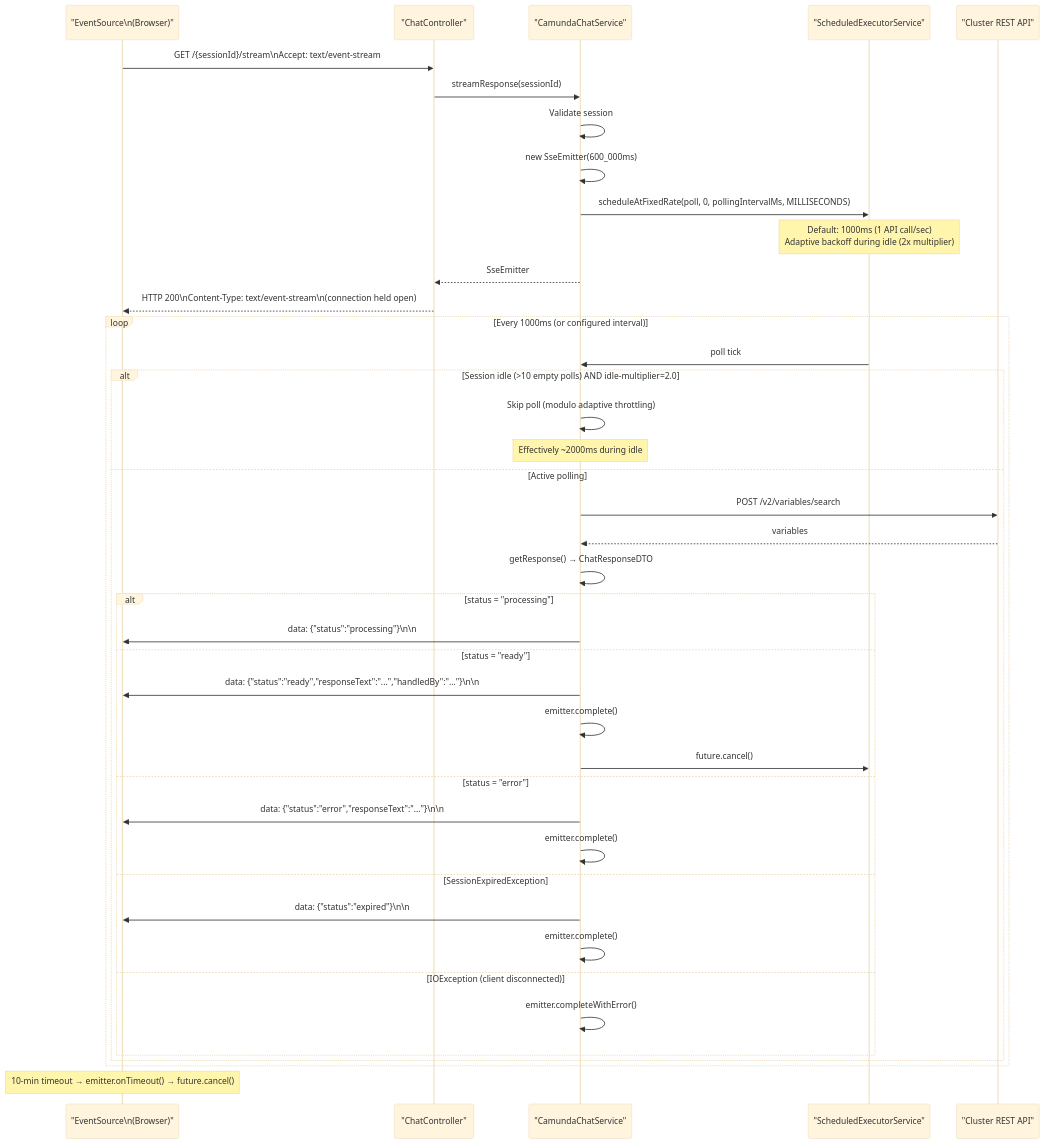
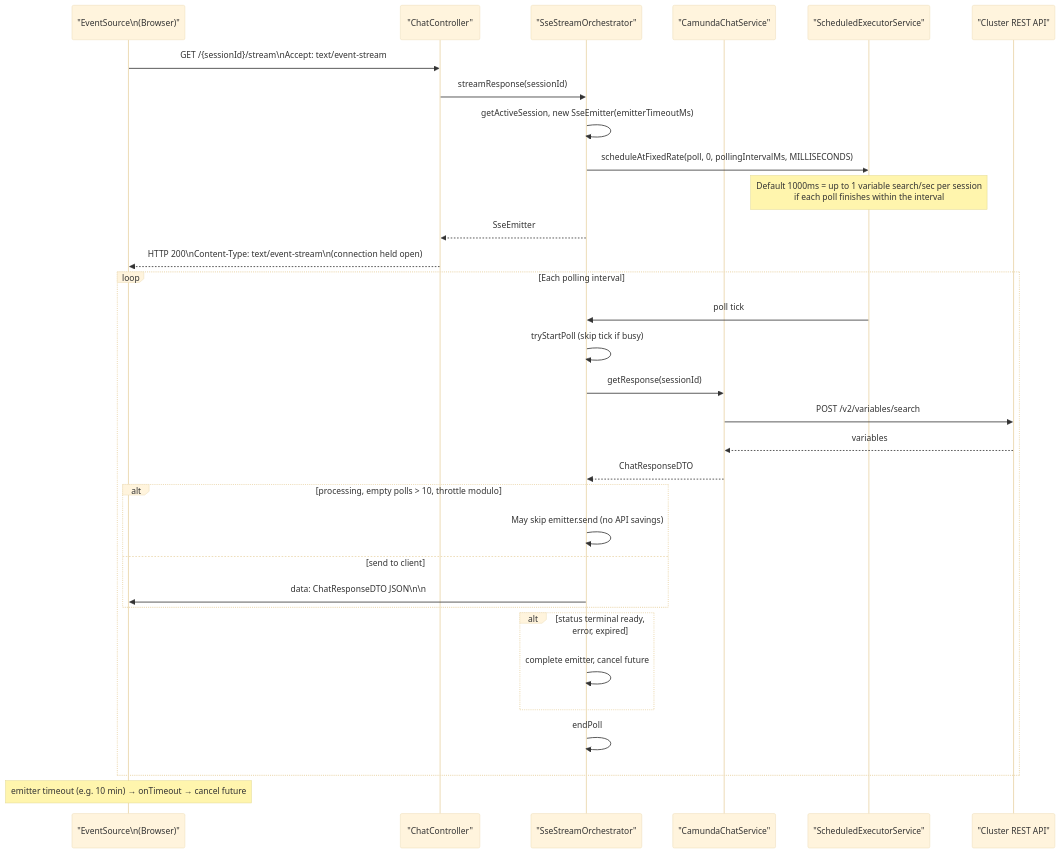
One commit to Mostafa-Mahmoud818/AI-Agent-Chat-With-Tools changed the fifth of 11 diagrams in DOCUMENTATION.md. Above: the diagram before and after it, drawn with Mermaid (base theme). The commit also changed other lines of this file and 21 other files, not shown here.

First line of the commit message:
docs: update documentation for Modulith Service architecture

````diff
--- a/DOCUMENTATION.md
+++ b/DOCUMENTATION.md
@@ -630,48 +660,37 @@
 ```mermaid
 sequenceDiagram
     participant FE as "EventSource\n(Browser)"
     participant CTRL as "ChatController"
+    participant ORCH as "SseStreamOrchestrator"
     participant SVC as "CamundaChatService"
     participant SCHED as "ScheduledExecutorService"
     participant CA as "Cluster REST API"
 
     FE->>CTRL: GET /{sessionId}/stream\nAccept: text/event-stream
-    CTRL->>SVC: streamResponse(sessionId)
-    SVC->>SVC: Validate session
-    SVC->>SVC: new SseEmitter(600_000ms)
-    SVC->>SCHED: scheduleAtFixedRate(poll, 0, pollingIntervalMs, MILLISECONDS)
-    Note over SCHED: Default: 1000ms (1 API call/sec)<br/>Adaptive backoff during idle (2x multiplier)
-    SVC-->>CTRL: SseEmitter
+    CTRL->>ORCH: streamResponse(sessionId)
+    ORCH->>ORCH: getActiveSession, new SseEmitter(emitterTimeoutMs)
+    ORCH->>SCHED: scheduleAtFixedRate(poll, 0, pollingIntervalMs, MILLISECONDS)
+    Note over SCHED: Default 1000ms = up to 1 variable search/sec per session<br/>if each poll finishes within the interval
+    ORCH-->>CTRL: SseEmitter
     CTRL-->>FE: HTTP 200\nContent-Type: text/event-stream\n(connection held open)
 
-    loop Every 1000ms (or configured interval)
-        SCHED->>SVC: poll tick
-        
-        alt Session idle (>10 empty polls) AND idle-multiplier=2.0
-            SVC->>SVC: Skip poll (modulo adaptive throttling)
-            Note over SVC: Effectively ~2000ms during idle
-        else Active polling
-            SVC->>CA: POST /v2/variables/search
-            CA-->>SVC: variables
-            SVC->>SVC: getResponse() → ChatResponseDTO
-            
-            alt status = "processing"
-                SVC->>FE: data: {"status":"processing"}\n\n
-            else status = "ready"
-                SVC->>FE: data: {"status":"ready","responseText":"...","handledBy":"..."}\n\n
-                SVC->>SVC: emitter.complete()
-                SVC->>SCHED: future.cancel()
-            else status = "error"
-                SVC->>FE: data: {"status":"error","responseText":"..."}\n\n
-                SVC->>SVC: emitter.complete()
-            else SessionExpiredException
-                SVC->>FE: data: {"status":"expired"}\n\n
-                SVC->>SVC: emitter.complete()
-            else IOException (client disconnected)
-                SVC->>SVC: emitter.completeWithError()
-            end
+    loop Each polling interval
+        SCHED->>ORCH: poll tick
+        ORCH->>ORCH: tryStartPoll (skip tick if busy)
+        ORCH->>SVC: getResponse(sessionId)
+        SVC->>CA: POST /v2/variables/search
+        CA-->>SVC: variables
+        SVC-->>ORCH: ChatResponseDTO
+        alt processing, empty polls > 10, throttle modulo
+            ORCH->>ORCH: May skip emitter.send (no API savings)
+        else send to client
+            ORCH->>FE: data: ChatResponseDTO JSON\n\n
         end
+        alt status terminal ready, error, expired
+            ORCH->>ORCH: complete emitter, cancel future
+        end
+        ORCH->>ORCH: endPoll
     end
 
-    Note over FE: 10-min timeout → emitter.onTimeout() → future.cancel()
+    Note over FE: emitter timeout (e.g. 10 min) → onTimeout → cancel future
 ```
````
